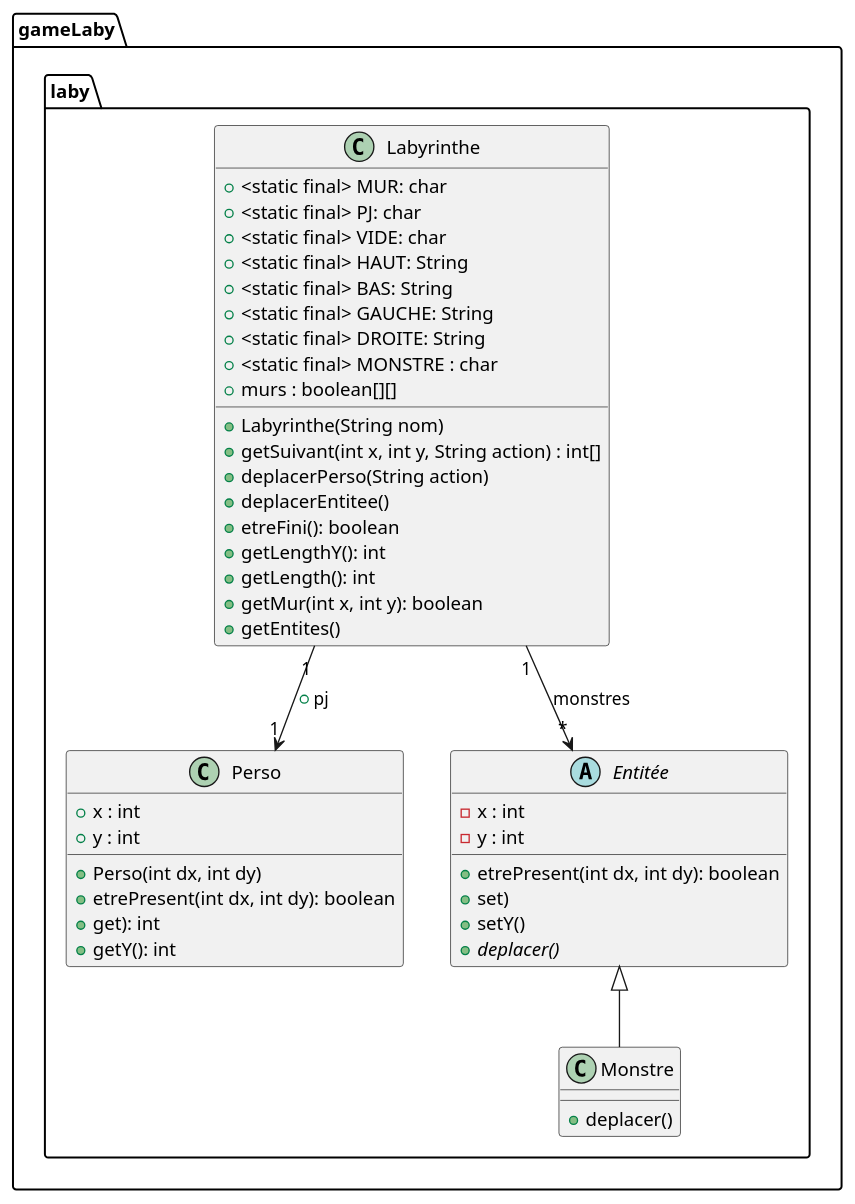
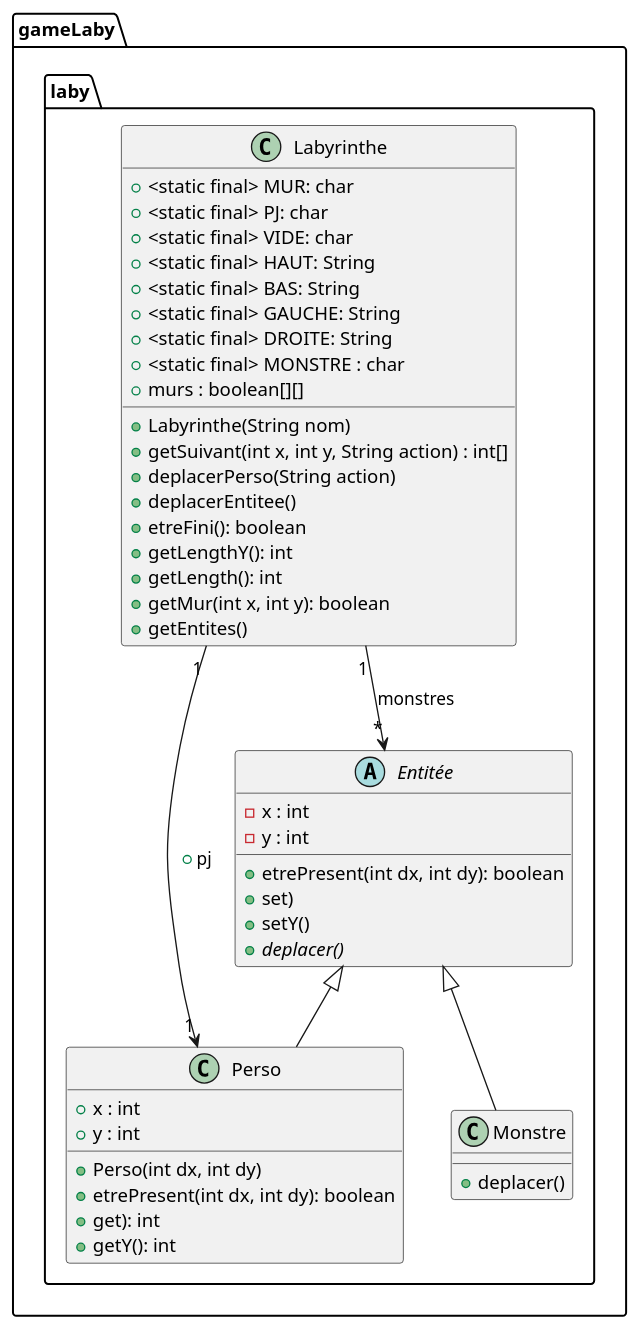
One commit to celie-ponroy/2023_S2.01_Zeldiablo_ponroy_roth_prykhodko_bortolotti changed the diagram in zeldiablo/documents/version_2/diagclass_laby.puml. Above: the diagram before and after it, drawn with PlantUML. The commit also changed 2 other files, not shown here.

Commit message:
modif mineure et modif diagramme de classe

```diff
--- a/zeldiablo/documents/version_2/diagclass_laby.puml
+++ b/zeldiablo/documents/version_2/diagclass_laby.puml
@@ -1,47 +1,48 @@
 @startuml
 package gameLaby.laby{
 class Labyrinthe{
 + <static final> MUR: char
 + <static final> PJ: char
 + <static final> VIDE: char
 + <static final> HAUT: String
 + <static final> BAS: String
 + <static final> GAUCHE: String
 + <static final> DROITE: String
 + <static final> MONSTRE : char
 + murs : boolean[][]
 + Labyrinthe(String nom)
 + getSuivant(int x, int y, String action) : int[]
 + deplacerPerso(String action)
 + deplacerEntitee()
 + etreFini(): boolean
 + getLengthY(): int
 + getLength(): int
 + getMur(int x, int y): boolean
 + getEntites()
 
 }
 class Perso{
 + x : int
 + y : int
 +Perso(int dx, int dy)
 +etrePresent(int dx, int dy): boolean
 +get): int
 +getY(): int
 }
 Abstract class Entitée{
 - x : int
 - y : int
 + etrePresent(int dx, int dy): boolean
 +set)
 +setY()
 +{abstract}deplacer()
 }
 class Monstre{
 +deplacer()
 }
 }
 Labyrinthe "1" --> "*" Entitée : monstres
 Labyrinthe "1" --> "1" Perso : + pj
 Entitée <|-- Monstre
+Entitée <|-- Perso
 @enduml
```
